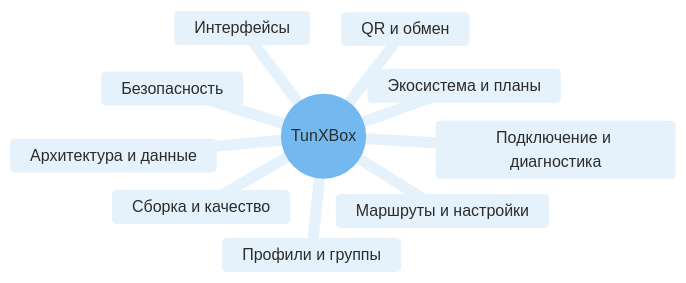
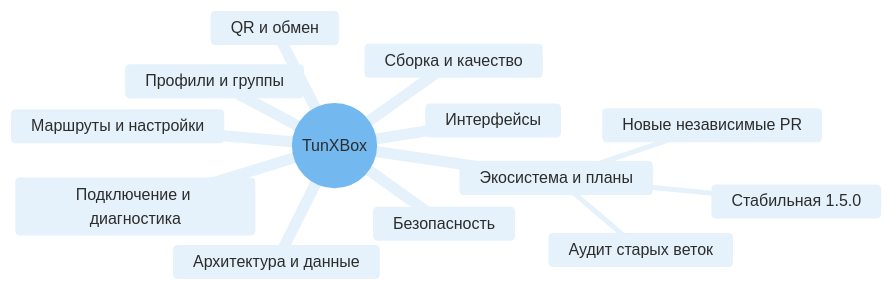
The diagram in docs/project-map.md (LeonidYasin/TunXBox), drawn with Mermaid before and after one commit. The commit also changed other lines of this file and 12 other files, not shown here.

First line of the commit message:
release: roadmap and verified stable 1.5.0 pipeline (#2)

````diff
--- a/docs/project-map.md
+++ b/docs/project-map.md
@@ -9,14 +9,17 @@
 ```mermaid
 %%{init: {"theme": "base", "themeVariables": {"primaryColor": "#E5F2FC", "primaryTextColor": "#2C2C2B", "primaryBorderColor": "#2783DE", "lineColor": "#7D7A75", "secondaryColor": "#E8F1EC", "tertiaryColor": "#F9F8F7", "fontFamily": "Arial", "cScale0": "#E5F2FC", "cScaleLabel0": "#2C2C2B", "cScale1": "#E5F2FC", "cScaleLabel1": "#2C2C2B", "cScale2": "#E5F2FC", "cScaleLabel2": "#2C2C2B", "cScale3": "#E5F2FC", "cScaleLabel3": "#2C2C2B", "cScale4": "#E5F2FC", "cScaleLabel4": "#2C2C2B", "cScale5": "#E5F2FC", "cScaleLabel5": "#2C2C2B", "cScale6": "#E5F2FC", "cScaleLabel6": "#2C2C2B", "cScale7": "#E5F2FC", "cScaleLabel7": "#2C2C2B", "cScale8": "#E5F2FC", "cScaleLabel8": "#2C2C2B", "cScale9": "#E5F2FC", "cScaleLabel9": "#2C2C2B", "cScale10": "#E5F2FC", "cScaleLabel10": "#2C2C2B", "cScale11": "#E5F2FC", "cScaleLabel11": "#2C2C2B"}}}%%
 mindmap
   root((TunXBox))
     Интерфейсы
     Профили и группы
     Подключение и диагностика
     Маршруты и настройки
     QR и обмен
     Архитектура и данные
     Сборка и качество
     Безопасность
     Экосистема и планы
+      Стабильная 1.5.0
+      Аудит старых веток
+      Новые независимые PR
 ```
````
